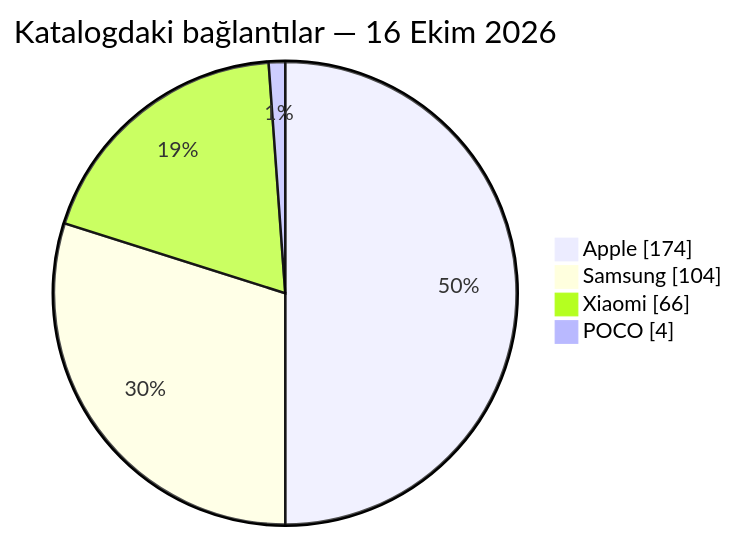
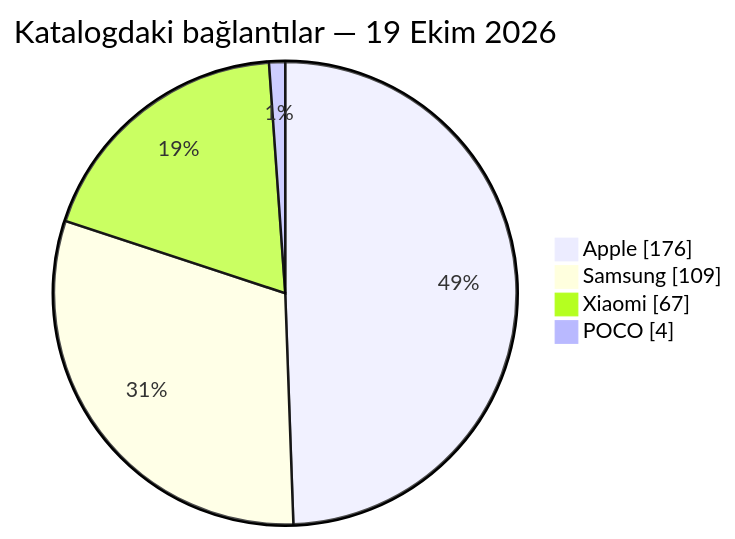
The second of 2 diagrams in README.md (Emir-Ars/Urun-indirim-takip), drawn with Mermaid before and after one commit. The commit also changed other lines of this file and 16 other files, not shown here.

````diff
--- a/README.md
+++ b/README.md
@@ -130,8 +137,8 @@
 ```mermaid
 pie showData
-    title Katalogdaki bağlantılar — 16 Ekim 2026
-    "Apple" : 174
-    "Samsung" : 104
-    "Xiaomi" : 66
+    title Katalogdaki bağlantılar — 19 Ekim 2026
+    "Apple" : 176
+    "Samsung" : 109
+    "Xiaomi" : 67
     "POCO" : 4
 ```
````
